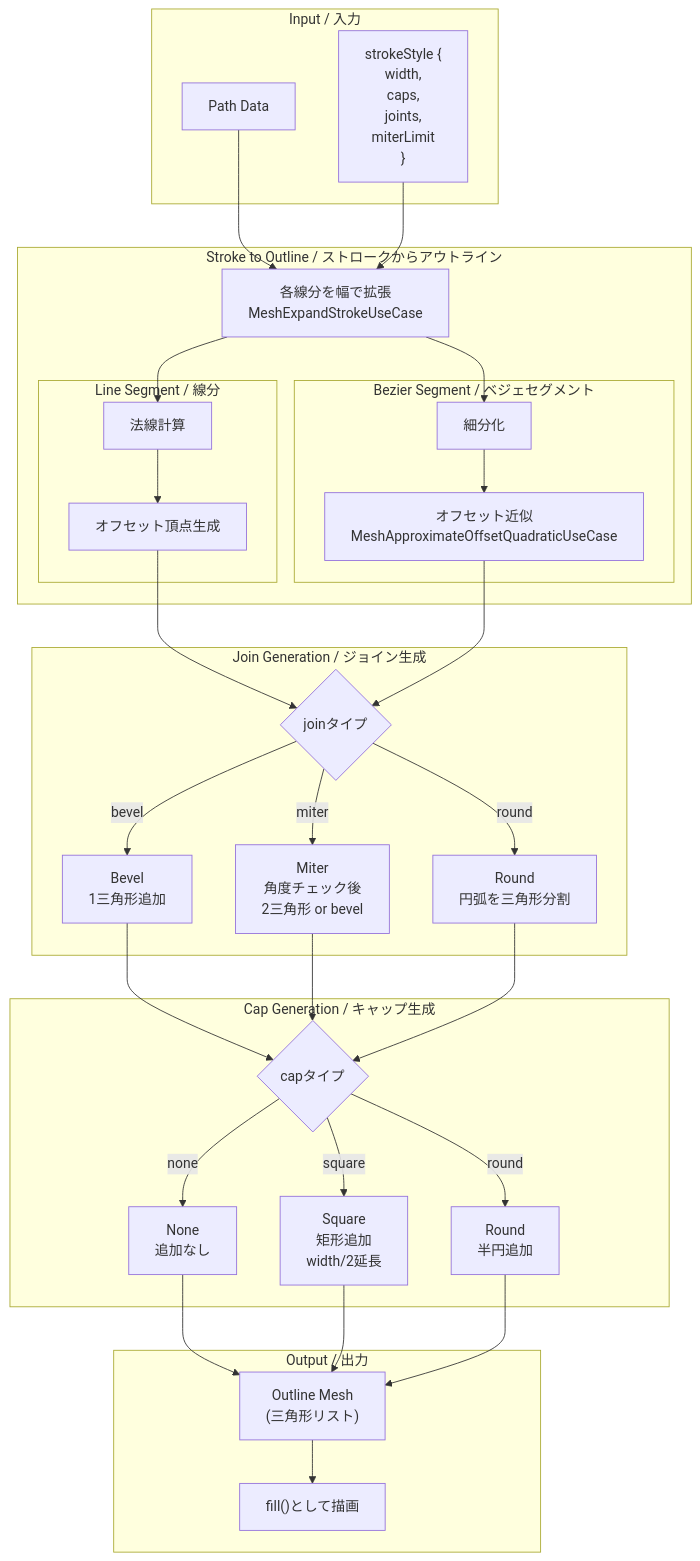
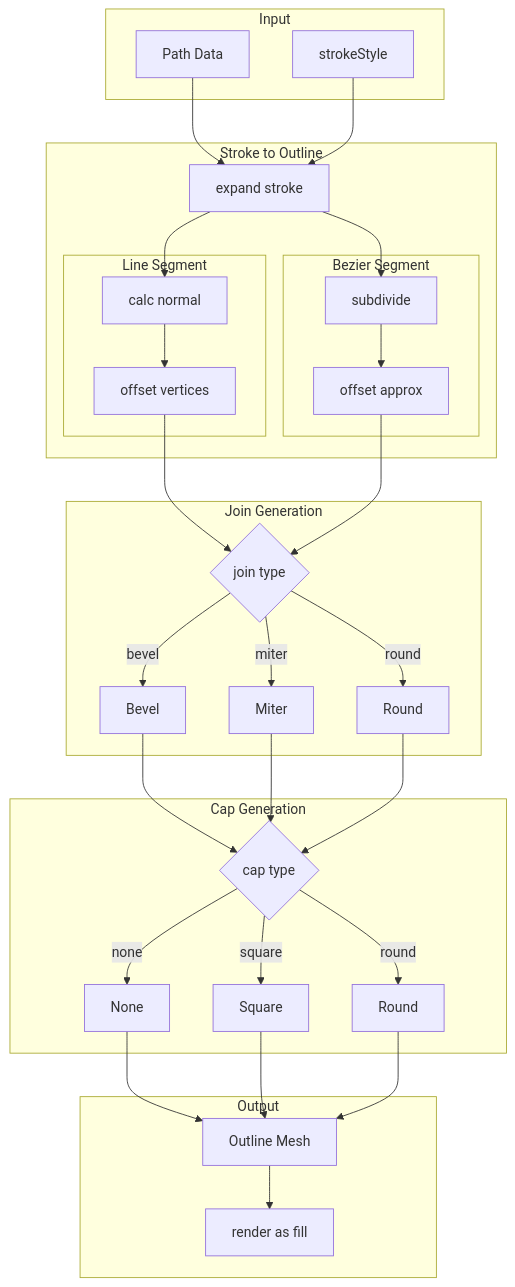
Before and after one commit to Next2D/player: diagram 12 of 37 in packages/webgl/RENDERING_FLOW.md, drawn with Mermaid. The commit also changed other lines of this file, not shown here.

````diff
--- a/packages/webgl/RENDERING_FLOW.md
+++ b/packages/webgl/RENDERING_FLOW.md
@@ -621,72 +626,72 @@
 ```mermaid
 flowchart TB
-    subgraph "Input / 入力"
+    subgraph "Input"
         PATH[Path Data]
-        STYLE["strokeStyle {<br/>  width,<br/>  caps,<br/>  joints,<br/>  miterLimit<br/>}"]
+        STYLE[strokeStyle]
     end
 
-    subgraph "Stroke to Outline / ストロークからアウトライン"
-        EXPAND["各線分を幅で拡張<br/>MeshExpandStrokeUseCase"]
+    subgraph "Stroke to Outline"
+        EXPAND[expand stroke]
 
-        subgraph "Line Segment / 線分"
-            SEG_NORMAL["法線計算"]
-            SEG_OFFSET["オフセット頂点生成"]
+        subgraph "Line Segment"
+            SEG_NORMAL[calc normal]
+            SEG_OFFSET[offset vertices]
         end
 
-        subgraph "Bezier Segment / ベジェセグメント"
-            BEZ_SUBDIVIDE["細分化"]
-            BEZ_OFFSET["オフセット近似<br/>MeshApproximateOffsetQuadraticUseCase"]
+        subgraph "Bezier Segment"
+            BEZ_SUBDIVIDE[subdivide]
+            BEZ_OFFSET[offset approx]
         end
     end
 
-    subgraph "Join Generation / ジョイン生成"
-        JOIN_TYPE{joinタイプ}
+    subgraph "Join Generation"
+        JOIN_TYPE{join type}
 
-        BEVEL_JOIN["Bevel<br/>1三角形追加"]
-        MITER_JOIN["Miter<br/>角度チェック後<br/>2三角形 or bevel"]
-        ROUND_JOIN["Round<br/>円弧を三角形分割"]
+        BEVEL_JOIN[Bevel]
+        MITER_JOIN[Miter]
+        ROUND_JOIN[Round]
     end
 
-    subgraph "Cap Generation / キャップ生成"
-        CAP_TYPE{capタイプ}
+    subgraph "Cap Generation"
+        CAP_TYPE{cap type}
 
-        NONE_CAP["None<br/>追加なし"]
-        SQUARE_CAP["Square<br/>矩形追加<br/>width/2延長"]
-        ROUND_CAP["Round<br/>半円追加"]
+        NONE_CAP[None]
+        SQUARE_CAP[Square]
+        ROUND_CAP[Round]
     end
 
-    subgraph "Output / 出力"
-        OUTLINE["Outline Mesh<br/>(三角形リスト)"]
-        FILL_RENDER["fill()として描画"]
+    subgraph "Output"
+        OUTLINE[Outline Mesh]
+        FILL_RENDER[render as fill]
     end
 
     PATH --> EXPAND
     STYLE --> EXPAND
 
     EXPAND --> SEG_NORMAL
     SEG_NORMAL --> SEG_OFFSET
 
     EXPAND --> BEZ_SUBDIVIDE
     BEZ_SUBDIVIDE --> BEZ_OFFSET
 
     SEG_OFFSET --> JOIN_TYPE
     BEZ_OFFSET --> JOIN_TYPE
 
     JOIN_TYPE -->|bevel| BEVEL_JOIN
     JOIN_TYPE -->|miter| MITER_JOIN
     JOIN_TYPE -->|round| ROUND_JOIN
 
     BEVEL_JOIN --> CAP_TYPE
     MITER_JOIN --> CAP_TYPE
     ROUND_JOIN --> CAP_TYPE
 
     CAP_TYPE -->|none| NONE_CAP
     CAP_TYPE -->|square| SQUARE_CAP
     CAP_TYPE -->|round| ROUND_CAP
 
     NONE_CAP --> OUTLINE
     SQUARE_CAP --> OUTLINE
     ROUND_CAP --> OUTLINE
 
     OUTLINE --> FILL_RENDER
 ```
````
